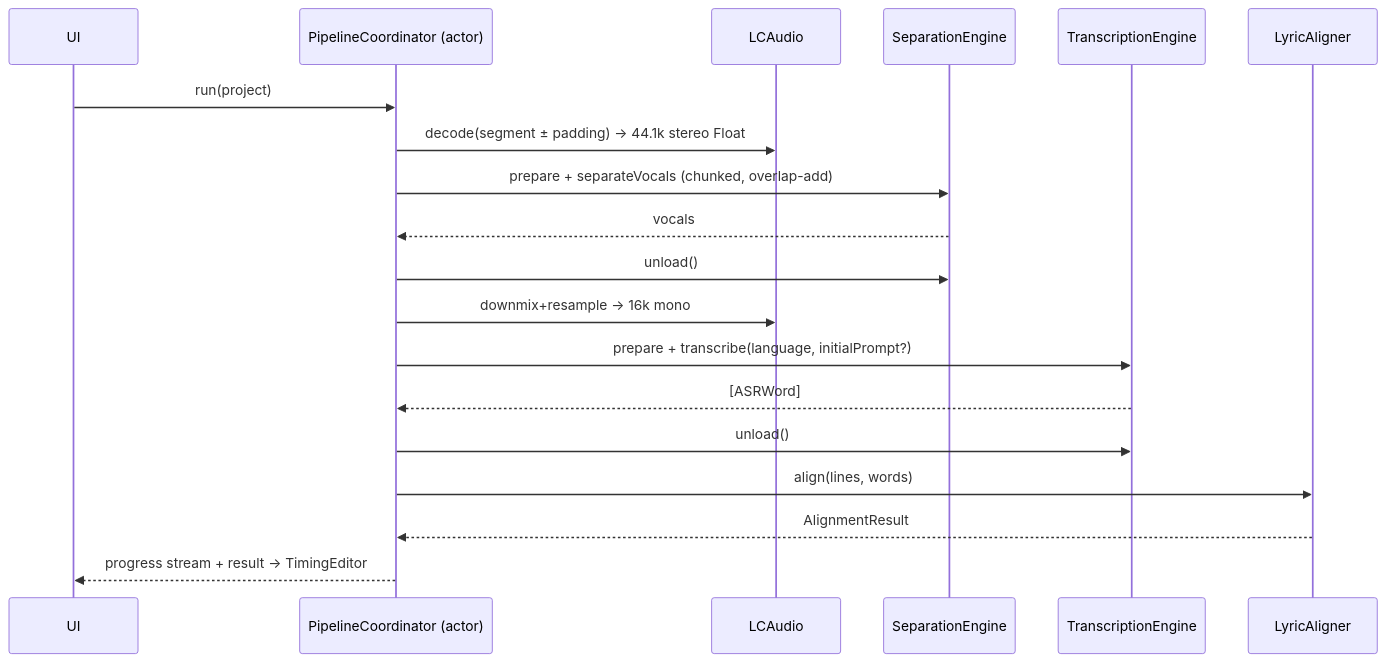
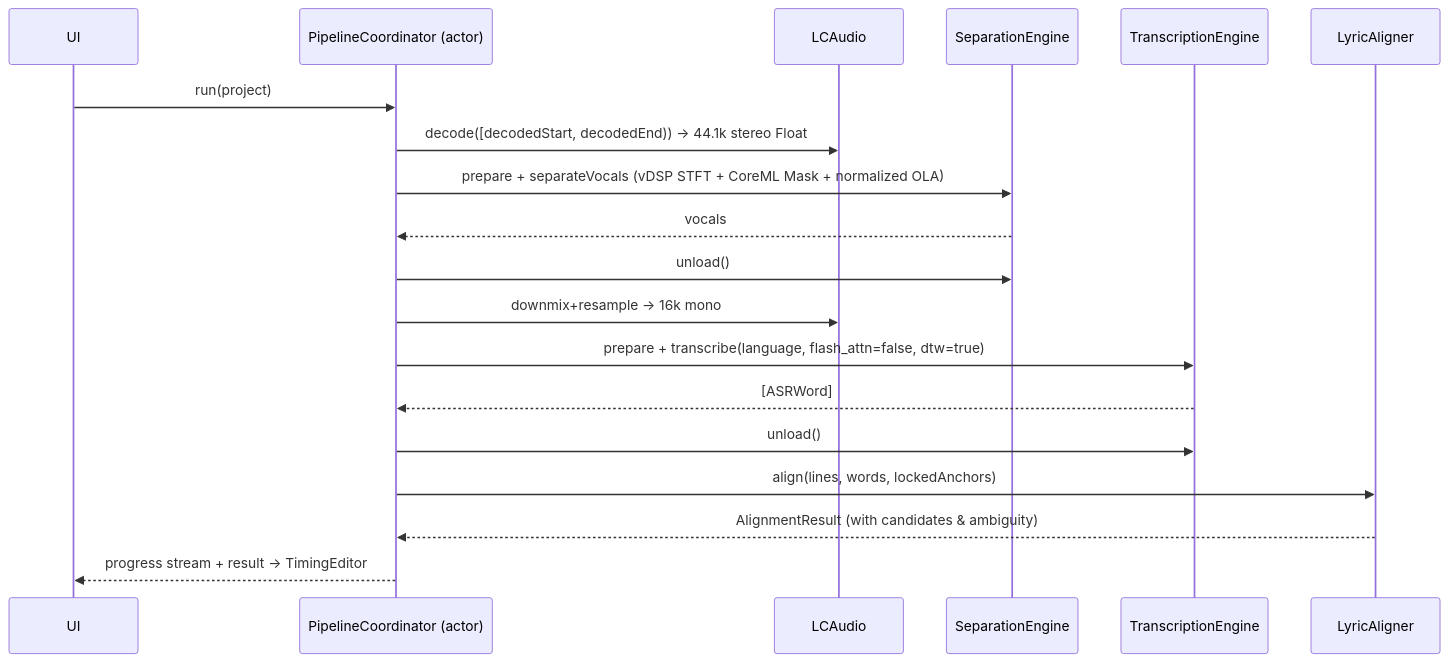
The second of 2 diagrams in DEV_SPEC.md (umikado/SCG_AutoFocus_), drawn with Mermaid before and after one commit. The commit also changed other lines of this file and 2 other files, not shown here.

````diff
--- a/DEV_SPEC.md
+++ b/DEV_SPEC.md
@@ -189,21 +311,21 @@
 ```mermaid
 sequenceDiagram
   participant UI
   participant P as PipelineCoordinator (actor)
   participant A as LCAudio
   participant S as SeparationEngine
   participant T as TranscriptionEngine
   participant L as LyricAligner
   UI->>P: run(project)
-  P->>A: decode(segment ± padding) → 44.1k stereo Float
-  P->>S: prepare + separateVocals (chunked, overlap-add)
+  P->>A: decode([decodedStart, decodedEnd)) → 44.1k stereo Float
+  P->>S: prepare + separateVocals (vDSP STFT + CoreML Mask + normalized OLA)
   S-->>P: vocals
   P->>S: unload()
   P->>A: downmix+resample → 16k mono
-  P->>T: prepare + transcribe(language, initialPrompt?)
+  P->>T: prepare + transcribe(language, flash_attn=false, dtw=true)
   T-->>P: [ASRWord]
   P->>T: unload()
-  P->>L: align(lines, words)
-  L-->>P: AlignmentResult
+  P->>L: align(lines, words, lockedAnchors)
+  L-->>P: AlignmentResult (with candidates & ambiguity)
   P-->>UI: progress stream + result → TimingEditor
 ```
````
